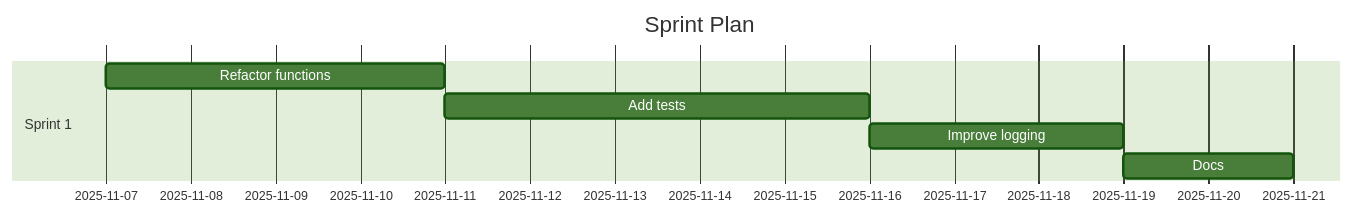
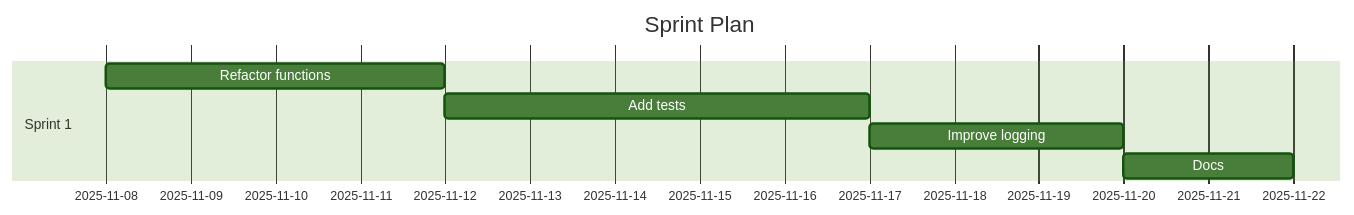
Before and after one commit to Anselmoo/mcp-ai-agent-guidelines: the diagram in demos/demo-code-analysis.sprint.md, drawn with Mermaid (forest theme). The commit also changed other lines of this file and 29 other files, not shown here.

````diff
--- a/demos/demo-code-analysis.sprint.md
+++ b/demos/demo-code-analysis.sprint.md
@@ -59,11 +59,11 @@
 ```mermaid
 gantt
 	dateFormat  YYYY-MM-DD
 	title Sprint Plan
 %% Accessibility: Title=Project Sprint Plan; Description=Gantt chart of sprints and tasks over time. %%
   section Sprint 1
-  Refactor functions :s1t0, 2025-11-07, 4d
-  Add tests :s1t1, 2025-11-11, 5d
-  Improve logging :s1t2, 2025-11-16, 3d
-  Docs :s1t3, 2025-11-19, 2d
+  Refactor functions :s1t0, 2025-11-08, 4d
+  Add tests :s1t1, 2025-11-12, 5d
+  Improve logging :s1t2, 2025-11-17, 3d
+  Docs :s1t3, 2025-11-20, 2d
 ```
````
